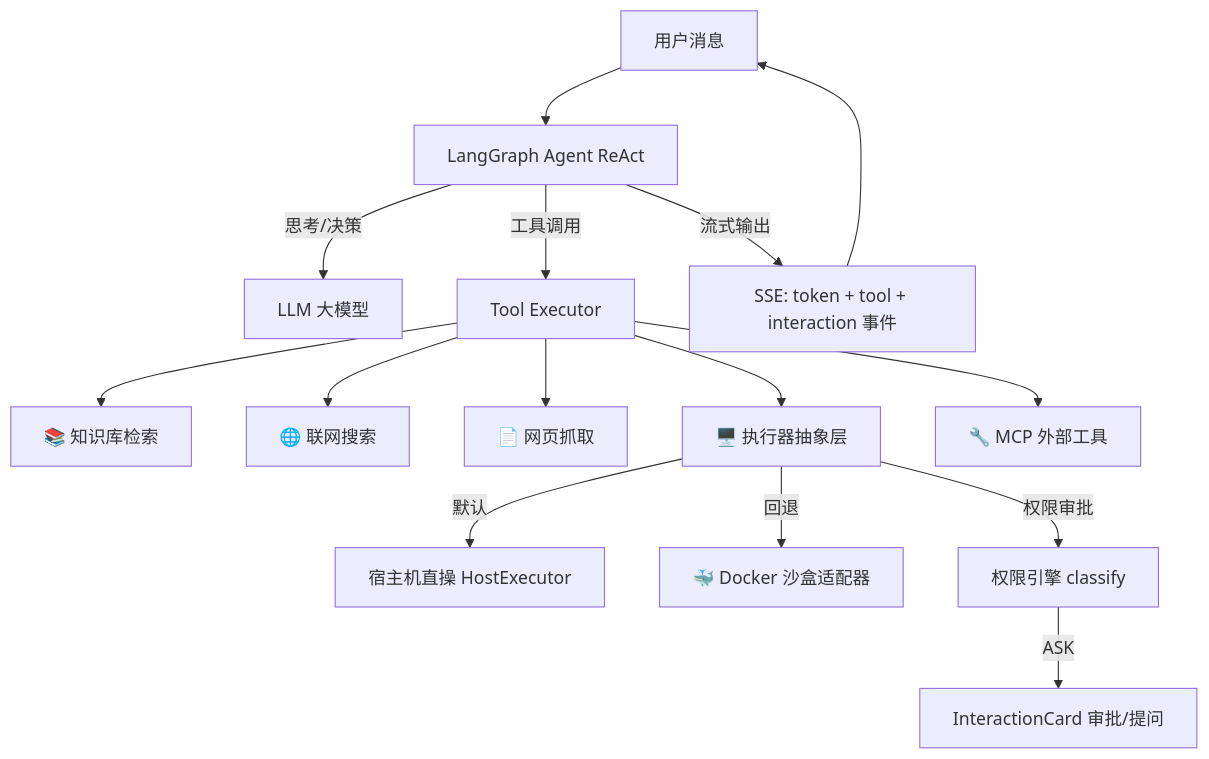
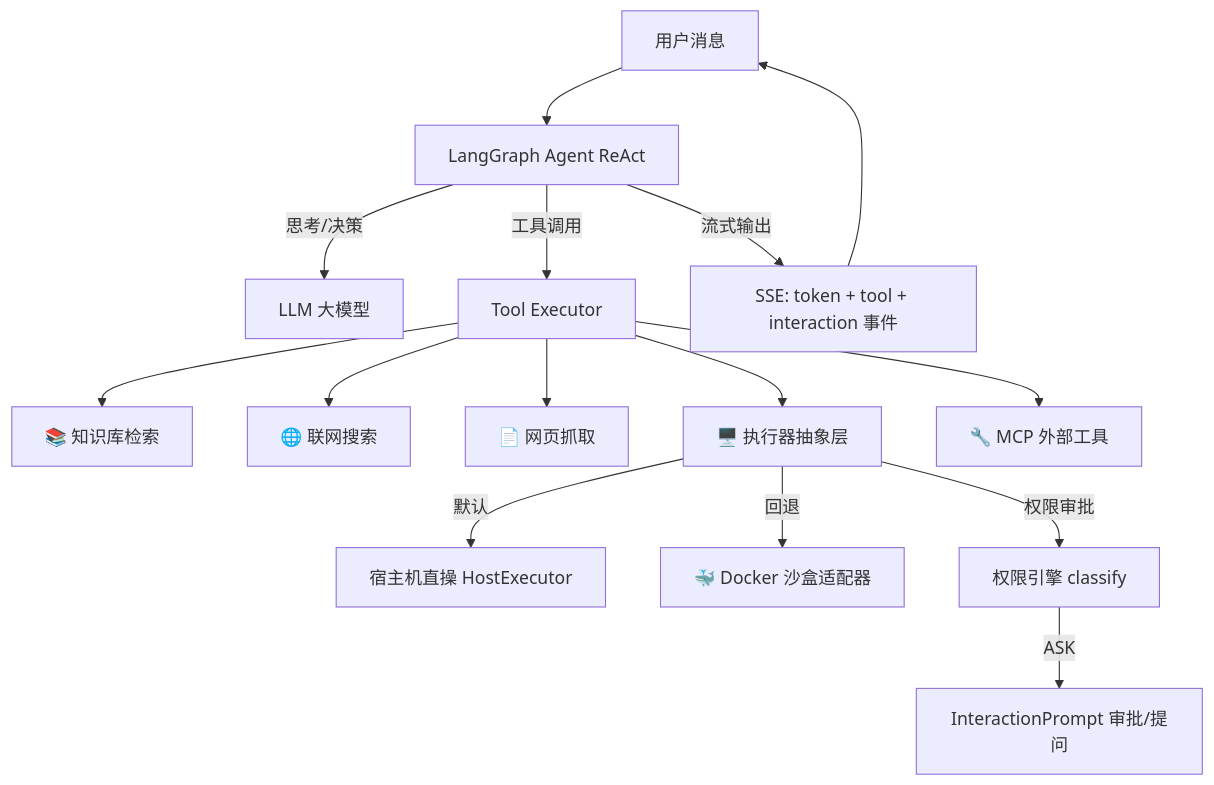
One commit to Yimoyumo/mowen-agent changed the first of 3 diagrams in README.md. Above: the diagram before and after it, drawn with Mermaid. The commit also changed other lines of this file and 6 other files, not shown here.

````diff
--- a/README.md
+++ b/README.md
@@ -25,17 +25,17 @@
 ```mermaid
 graph TD
     U[用户消息] --> A[LangGraph Agent ReAct]
     A -->|思考/决策| LLM[LLM 大模型]
     A -->|工具调用| T[Tool Executor]
     T --> KB[📚 知识库检索]
     T --> WS[🌐 联网搜索]
     T --> WP[📄 网页抓取]
     T --> EX[🖥️ 执行器抽象层]
     EX -->|默认| HOST[宿主机直操 HostExecutor]
     EX -->|回退| SB[🐳 Docker 沙盒适配器]
     T --> MCP[🔧 MCP 外部工具]
     EX -->|权限审批| PA[权限引擎 classify]
-    PA -->|ASK| UI[InteractionCard 审批/提问]
+    PA -->|ASK| UI[InteractionPrompt 审批/提问]
     A -->|流式输出| SSE[SSE: token + tool + interaction 事件]
     SSE --> U
 ```
````
